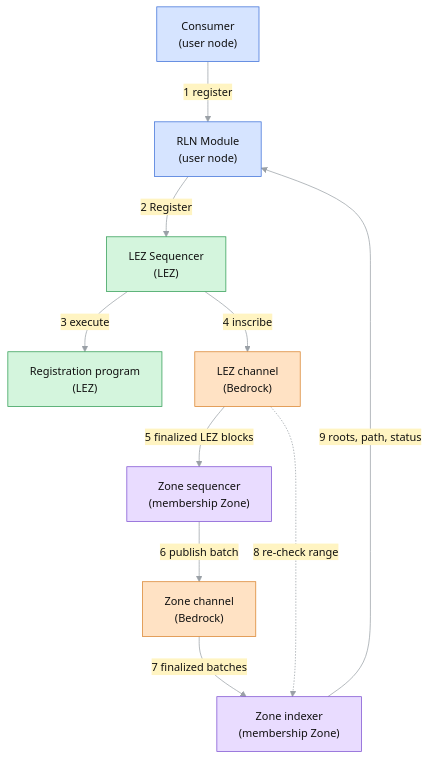
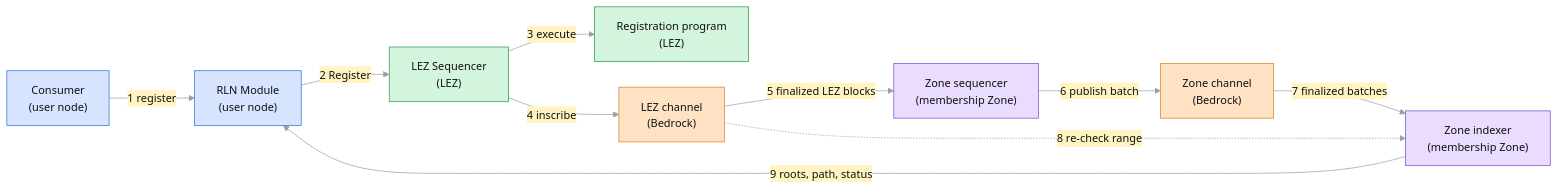
One commit to logos-co/logos-rln-membership-zone changed the first of 8 diagrams in docs/rfc-rln-membership-zone.md. Above: the diagram before and after it, drawn with Mermaid.

Commit message:
chore: re-format registration diagram for the RFC

````diff
--- a/docs/rfc-rln-membership-zone.md
+++ b/docs/rfc-rln-membership-zone.md
@@ -180,22 +180,22 @@
 ```mermaid
-%%{init: {"theme": "base", "flowchart": {"nodeSpacing": 45, "rankSpacing": 60}, "themeVariables": {"lineColor": "#9aa0a6", "primaryTextColor": "#111111", "edgeLabelBackground": "#fff4c2", "fontSize": "15px"}}}%%
-flowchart TB
+%%{init: {"theme": "base", "flowchart": {"nodeSpacing": 35, "rankSpacing": 50}, "themeVariables": {"lineColor": "#9aa0a6", "primaryTextColor": "#111111", "edgeLabelBackground": "#fff4c2", "fontSize": "15px"}}}%%
+flowchart LR
     APP["Consumer<br/>(user node)"] -->|"1 register"| MOD["RLN Module<br/>(user node)"]
     MOD -->|"2 Register"| LSEQ["LEZ Sequencer<br/>(LEZ)"]
     LSEQ -->|"3 execute"| PROG["Registration program<br/>(LEZ)"]
     LSEQ -->|"4 inscribe"| LCH["LEZ channel<br/>(Bedrock)"]
     LCH -->|"5 finalized LEZ blocks"| ZSEQ["Zone sequencer<br/>(membership Zone)"]
     ZSEQ -->|"6 publish batch"| ZCH["Zone channel<br/>(Bedrock)"]
     ZCH -->|"7 finalized batches"| IDX["Zone indexer<br/>(membership Zone)"]
     LCH -.->|"8 re-check range"| IDX
     IDX -->|"9 roots, path, status"| MOD
 
     classDef user fill:#d6e4ff,stroke:#3b6fd8,color:#111111
     classDef lez fill:#d4f5dd,stroke:#2e9b52,color:#111111
     classDef l1 fill:#ffe2c4,stroke:#d9822b,color:#111111
     classDef zone fill:#e9dcff,stroke:#7d4fd1,color:#111111
     class APP,MOD user
     class LSEQ,PROG lez
     class LCH,ZCH l1
     class ZSEQ,IDX zone
 ```
````
